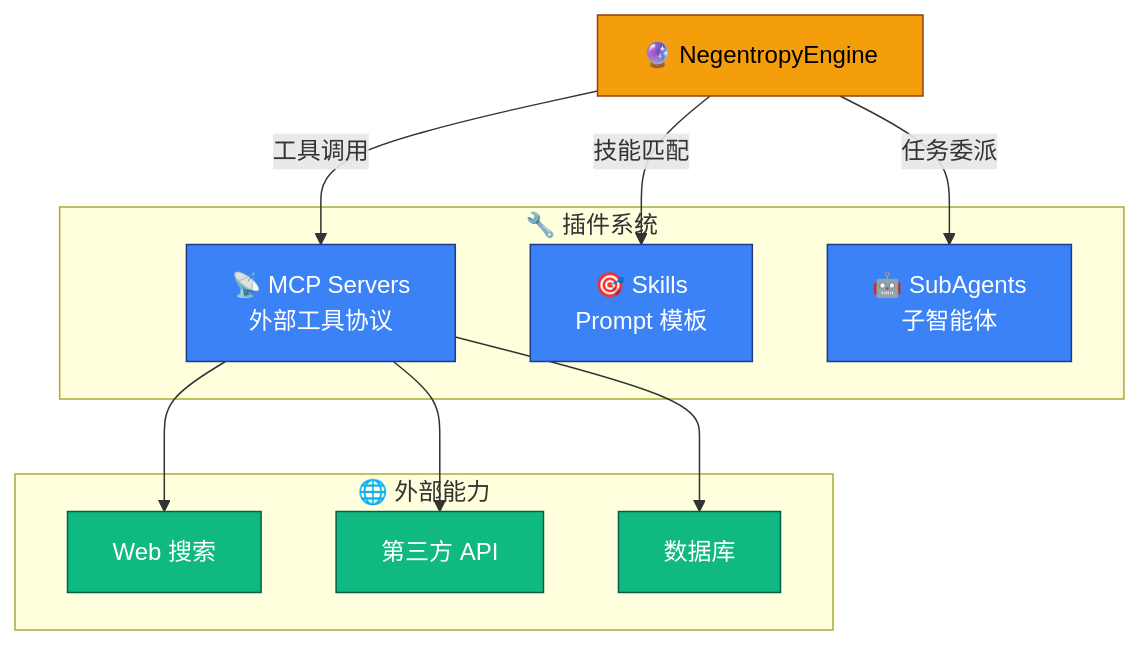
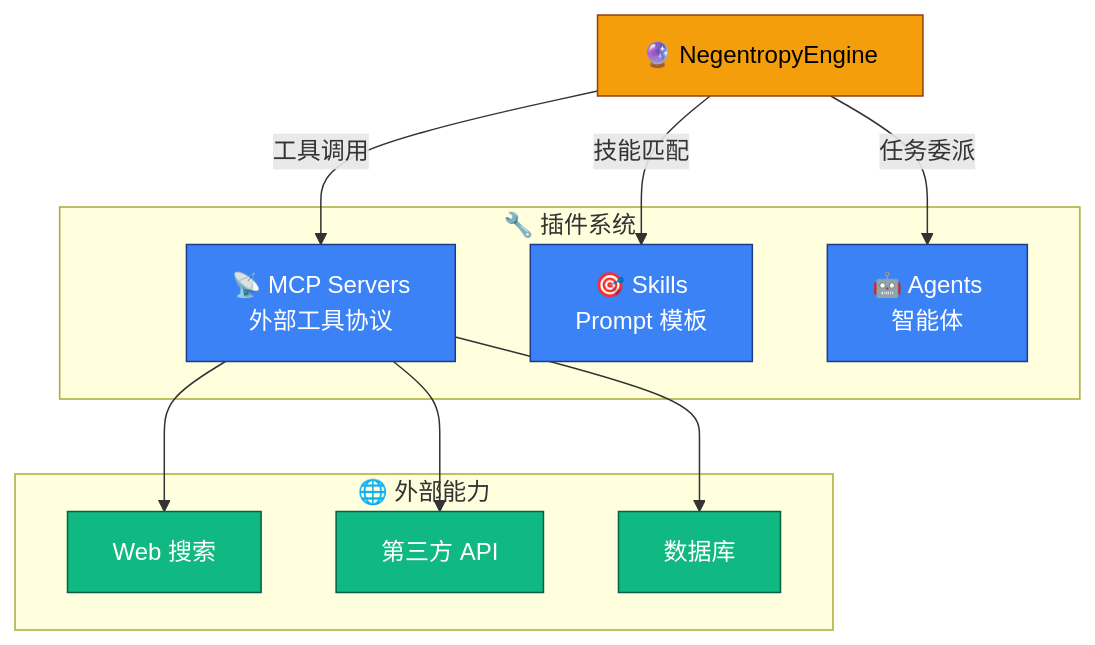
One commit to ThreeFish-AI/negentropy changed the first of 2 diagrams in docs/concepts/user-guide/interface.md. Above: the diagram before and after it, drawn with Mermaid. The commit also changed other lines of this file and 77 other files, not shown here.

First line of the commit message:
refactor(interface): 「SubAgents」全栈更名为「Agents」并对调与 Models 二级导航顺序;

````diff
--- a/docs/concepts/user-guide/interface.md
+++ b/docs/concepts/user-guide/interface.md
@@ -88,32 +88,32 @@
 ```mermaid
 flowchart TB
     Engine["🔮 NegentropyEngine"]
 
     subgraph Plugins["🔧 插件系统"]
         MCP["📡 MCP Servers<br/>外部工具协议"]
         Skill["🎯 Skills<br/>Prompt 模板"]
-        SubAgent["🤖 SubAgents<br/>子智能体"]
+        Agent["🤖 Agents<br/>智能体"]
     end
 
     subgraph External["🌐 外部能力"]
         WebSearch["Web 搜索"]
         API["第三方 API"]
         DB["数据库"]
     end
 
     Engine -->|"工具调用"| MCP
     Engine -->|"技能匹配"| Skill
-    Engine -->|"任务委派"| SubAgent
+    Engine -->|"任务委派"| Agent
 
     MCP --> WebSearch
     MCP --> API
     MCP --> DB
 
     classDef core fill:#F59E0B,stroke:#92400E,color:#000
     classDef plug fill:#3B82F6,stroke:#1E3A8A,color:#FFF
     classDef ext fill:#10B981,stroke:#065F46,color:#FFF
 
     class Engine core
-    class MCP,Skill,SubAgent plug
+    class MCP,Skill,Agent plug
     class WebSearch,API,DB ext
 ```
````
